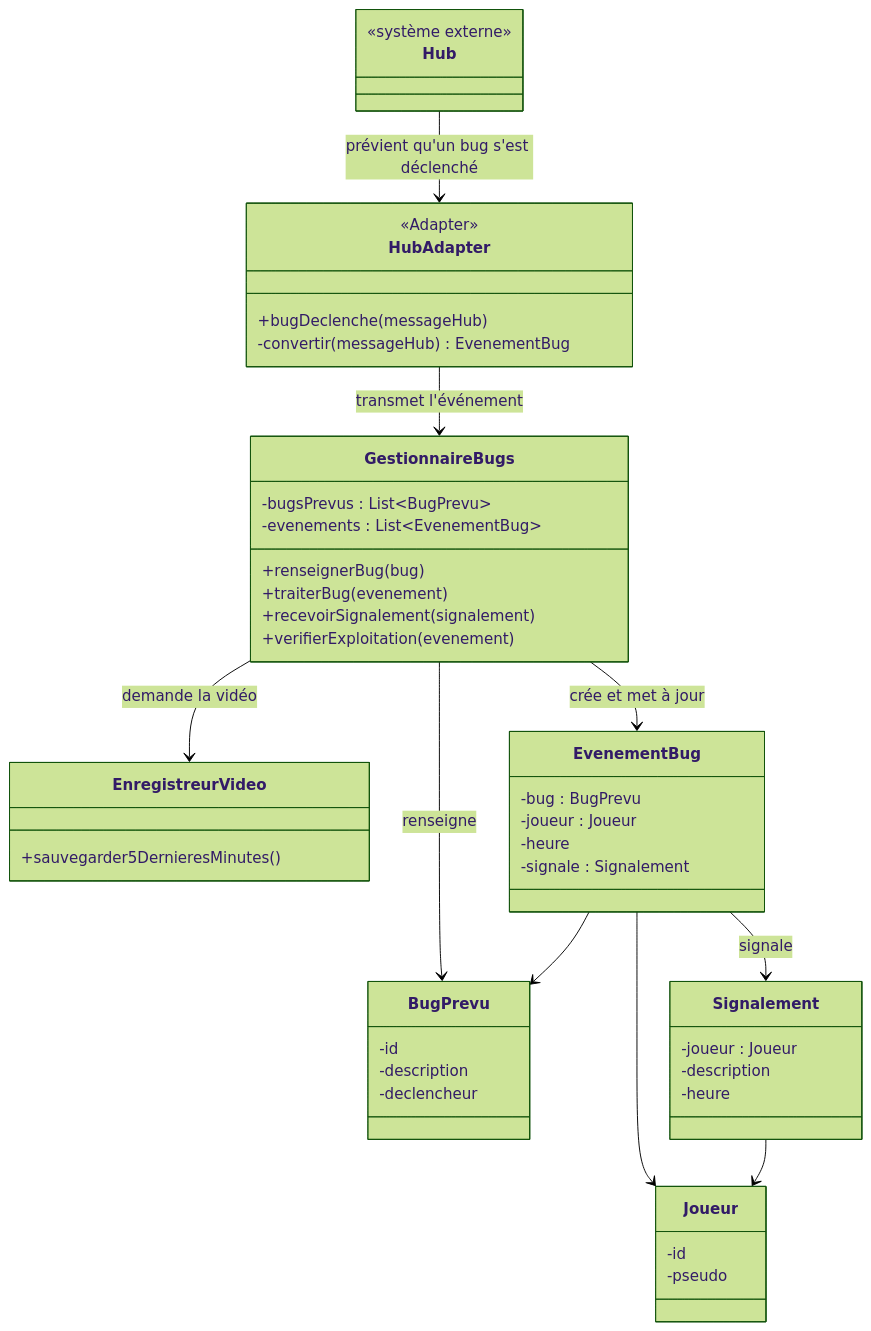
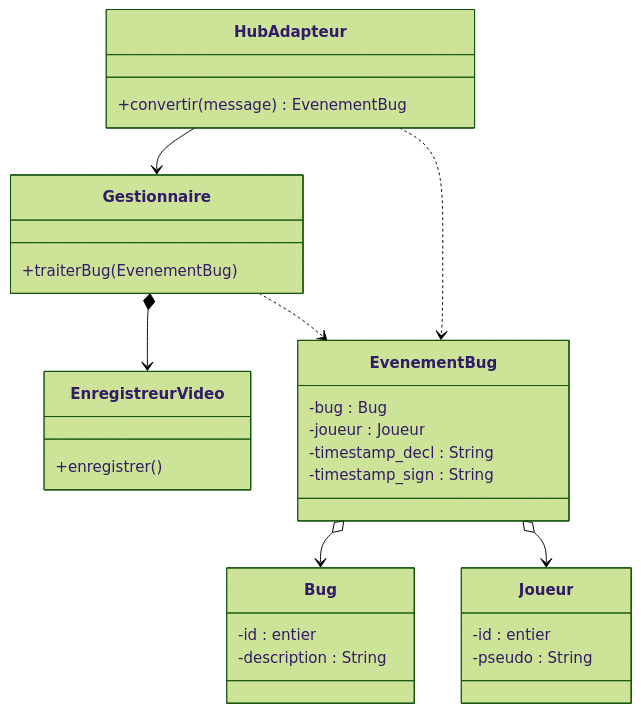
One commit to NoahBud/CHPS_0705 changed the diagram in README.md. Above: the diagram before and after it, drawn with Mermaid (forest theme). The commit also changed other lines of this file and 17 other files, not shown here.

````diff
--- a/README.md
+++ b/README.md
@@ -43,52 +43,32 @@
 ```mermaid
 classDiagram
-    class Hub {
-        <<système externe>>
+    class HubAdapteur {
+        +convertir(message) EvenementBug
     }
-    class HubAdapter {
-        <<Adapter>>
-        +bugDeclenche(messageHub)
-        -convertir(messageHub) EvenementBug
-    }
-    class GestionnaireBugs {
-        -bugsPrevus : List~BugPrevu~
-        -evenements : List~EvenementBug~
-        +renseignerBug(bug)
-        +traiterBug(evenement)
-        +recevoirSignalement(signalement)
-        +verifierExploitation(evenement)
+    class Gestionnaire {
+        +traiterBug(EvenementBug)
     }
     class EnregistreurVideo {
-        +sauvegarder5DernieresMinutes()
+        +enregistrer()
     }
-    class BugPrevu {
-        -id
-        -description
-        -declencheur
+    class EvenementBug {
+        -bug : Bug
+        -joueur : Joueur
+        -timestamp_decl : String
+        -timestamp_sign : String
+    }
+    class Bug {
+        -id : entier
+        -description : String
     }
     class Joueur {
-        -id
-        -pseudo
+        -id : entier
+        -pseudo : String
     }
-    class EvenementBug {
-        -bug : BugPrevu
-        -joueur : Joueur
-        -heure
-        -signale : Signalement
-    }
-    class Signalement {
-        -joueur : Joueur
-        -description
-        -heure
-    }
-
-    Hub --> HubAdapter : prévient qu'un bug s'est déclenché
-    HubAdapter --> GestionnaireBugs : transmet l'événement
-    GestionnaireBugs --> EnregistreurVideo : demande la vidéo
-    GestionnaireBugs --> EvenementBug : crée et met à jour
-    GestionnaireBugs --> BugPrevu : renseigne
-    EvenementBug --> BugPrevu
-    EvenementBug --> Joueur
-    EvenementBug --> Signalement : signale
-    Signalement --> Joueur
+    HubAdapteur --> Gestionnaire
+    HubAdapteur ..> EvenementBug
+    Gestionnaire *--> EnregistreurVideo
+    Gestionnaire ..> EvenementBug
+    EvenementBug o--> Bug
+    EvenementBug o--> Joueur
 ```
````
